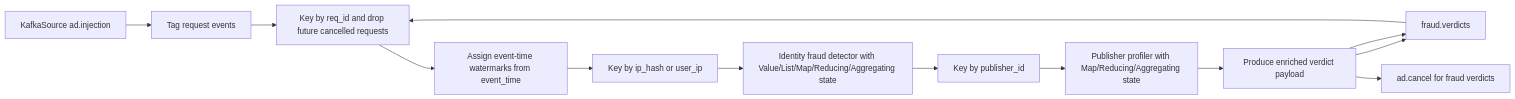
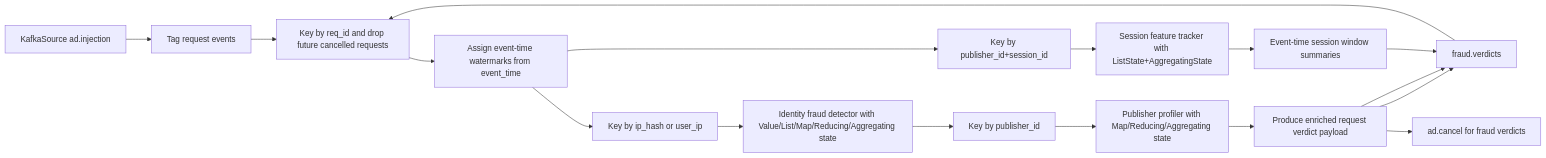
One commit to IamMistake/ai-ad-request-safety-pipeline changed the diagram in docs/flink_processing.md. Above: the diagram before and after it, drawn with Mermaid. The commit also changed other lines of this file and 9 other files, not shown here.

````diff
--- a/docs/flink_processing.md
+++ b/docs/flink_processing.md
@@ -20,15 +20,19 @@
 ```mermaid
 flowchart LR
     A[KafkaSource ad.injection] --> B[Tag request events]
     H[KafkaSource ad.cancel] --> I[Tag cancel events]
     B --> C[Key by req_id and drop future cancelled requests]
     I --> C
     C --> D[Assign event-time watermarks from event_time]
     D --> E[Key by ip_hash or user_ip]
     E --> F[Identity fraud detector with Value/List/Map/Reducing/Aggregating state]
     F --> G[Key by publisher_id]
     G --> K[Publisher profiler with Map/Reducing/Aggregating state]
-    K --> H[Produce enriched verdict payload]
+    K --> H[Produce enriched request verdict payload]
     H --> I[fraud.verdicts]
     H --> J[ad.cancel for fraud verdicts]
+    D --> L[Key by publisher_id+session_id]
+    L --> M[Session feature tracker with ListState+AggregatingState]
+    M --> N[Event-time session window summaries]
+    N --> I
 ```
````
